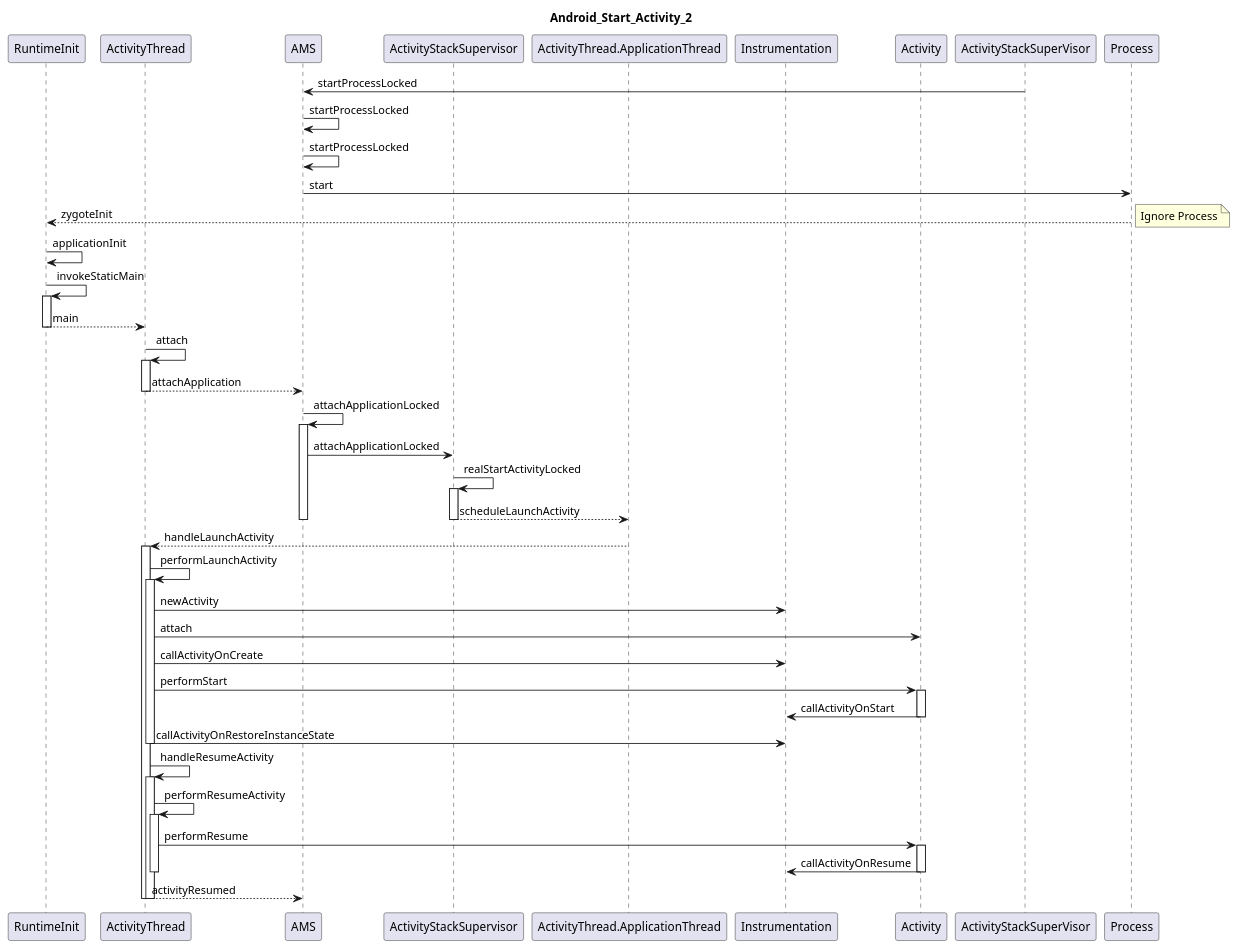
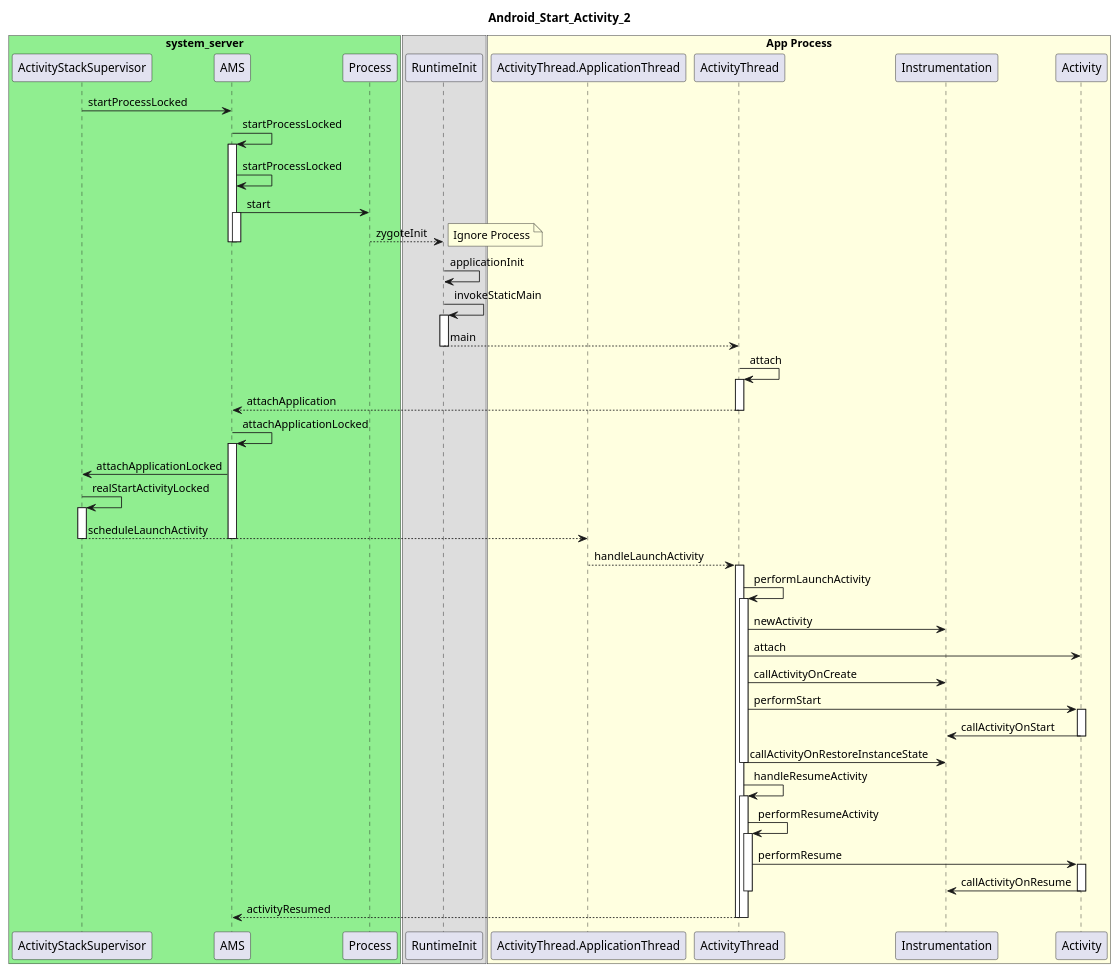
The diagram in android_start_activity_2.puml (peggy109/AndroidSystemServer), drawn with PlantUML before and after one commit. The commit also changed 1 other file, not shown here.

Commit message:
android_start_activity.puml, optimize

```diff
--- a/android_start_activity_2.puml
+++ b/android_start_activity_2.puml
@@ -2,59 +2,70 @@
 @startuml
 title Android_Start_Activity_2
+box "system_server" #LightGreen
+participant ActivityStackSupervisor
+participant AMS
+participant Process
+end box
+box
 participant RuntimeInit
+end box
+box "App Process" #LightYellow
+participant ActivityThread.ApplicationThread
 participant ActivityThread
-participant AMS
-participant ActivityStackSupervisor
-participant ActivityThread.ApplicationThread
 participant Instrumentation
 participant Activity
-ActivityStackSuperVisor -> AMS : startProcessLocked
+end box
+
+ActivityStackSupervisor-> AMS : startProcessLocked
 AMS -> AMS : startProcessLocked
+activate AMS
 AMS -> AMS : startProcessLocked
 AMS -> Process : start
-
+activate AMS
 Process ---> RuntimeInit : zygoteInit
+deactivate AMS
+deactivate AMS
 note right : Ignore Process
 RuntimeInit -> RuntimeInit : applicationInit
 RuntimeInit -> RuntimeInit : invokeStaticMain
 activate RuntimeInit
 RuntimeInit ---> ActivityThread : main
 deactivate RuntimeInit
 ActivityThread -> ActivityThread : attach
 activate ActivityThread
 ActivityThread ---> AMS : attachApplication
 deactivate ActivityThread
 AMS -> AMS : attachApplicationLocked
 activate AMS
 AMS -> ActivityStackSupervisor : attachApplicationLocked
 ActivityStackSupervisor -> ActivityStackSupervisor : realStartActivityLocked
 activate ActivityStackSupervisor
 ActivityStackSupervisor ---> ActivityThread.ApplicationThread : scheduleLaunchActivity
 deactivate ActivityStackSupervisor
 deactivate AMS
 ActivityThread.ApplicationThread ---> ActivityThread : handleLaunchActivity
 activate ActivityThread
     ActivityThread -> ActivityThread : performLaunchActivity
     activate ActivityThread
         ActivityThread -> Instrumentation : newActivity
         ActivityThread -> Activity : attach
         ActivityThread -> Instrumentation : callActivityOnCreate
         ActivityThread -> Activity : performStart
         activate Activity
             Activity -> Instrumentation : callActivityOnStart
         deactivate Activity
         ActivityThread -> Instrumentation : callActivityOnRestoreInstanceState
     deactivate ActivityThread
     ActivityThread -> ActivityThread : handleResumeActivity
     activate ActivityThread
         ActivityThread -> ActivityThread : performResumeActivity
         activate ActivityThread
             ActivityThread -> Activity : performResume
             activate Activity
                 Activity -> Instrumentation : callActivityOnResume
             deactivate Activity
         deactivate ActivityThread
         ActivityThread ---> AMS : activityResumed
     deactivate ActivityThread
 deactivate ActivityThread
 @enduml
```
